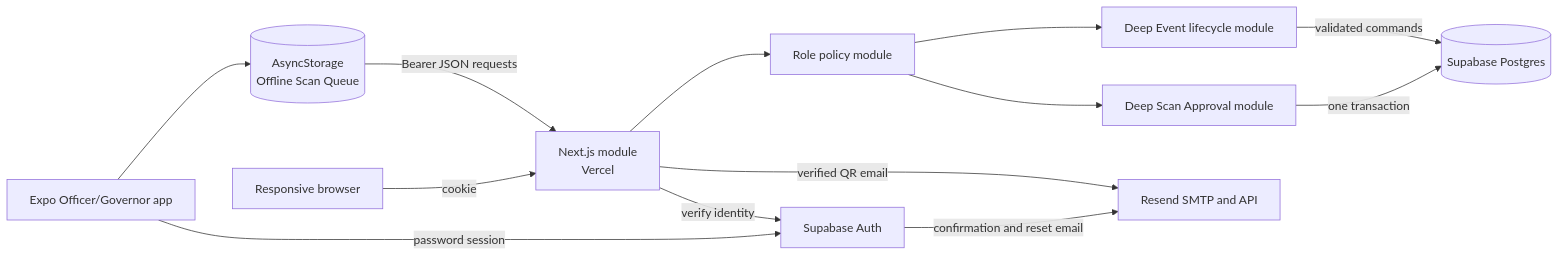
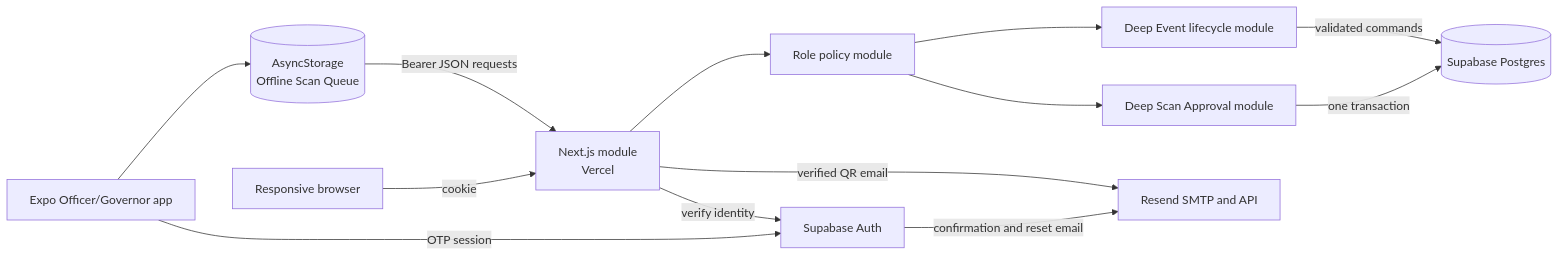
The diagram in docs/system-design.md (NCF-CCS-Opensource/csc), drawn with Mermaid before and after one commit. The commit also changed other lines of this file and 25 other files, not shown here.

````diff
--- a/docs/system-design.md
+++ b/docs/system-design.md
@@ -47,26 +47,26 @@
 ```mermaid
 flowchart LR
     Browser[Responsive browser]
     Mobile[Expo Officer/Governor app]
     Queue[(AsyncStorage<br/>Offline Scan Queue)]
     Vercel[Next.js module<br/>Vercel]
     Role[Role policy module]
     Scan[Deep Scan Approval module]
     Event[Deep Event lifecycle module]
     Auth[Supabase Auth]
     DB[(Supabase Postgres)]
     Resend[Resend SMTP and API]
 
     Browser -->|cookie| Vercel
-    Mobile -->|password session| Auth
+    Mobile -->|OTP session| Auth
     Mobile --> Queue
     Queue -->|Bearer JSON requests| Vercel
     Vercel -->|verify identity| Auth
     Vercel --> Role
     Role --> Scan
     Role --> Event
     Scan -->|one transaction| DB
     Event -->|validated commands| DB
     Auth -->|confirmation and reset email| Resend
     Vercel -->|verified QR email| Resend
 ```
````
